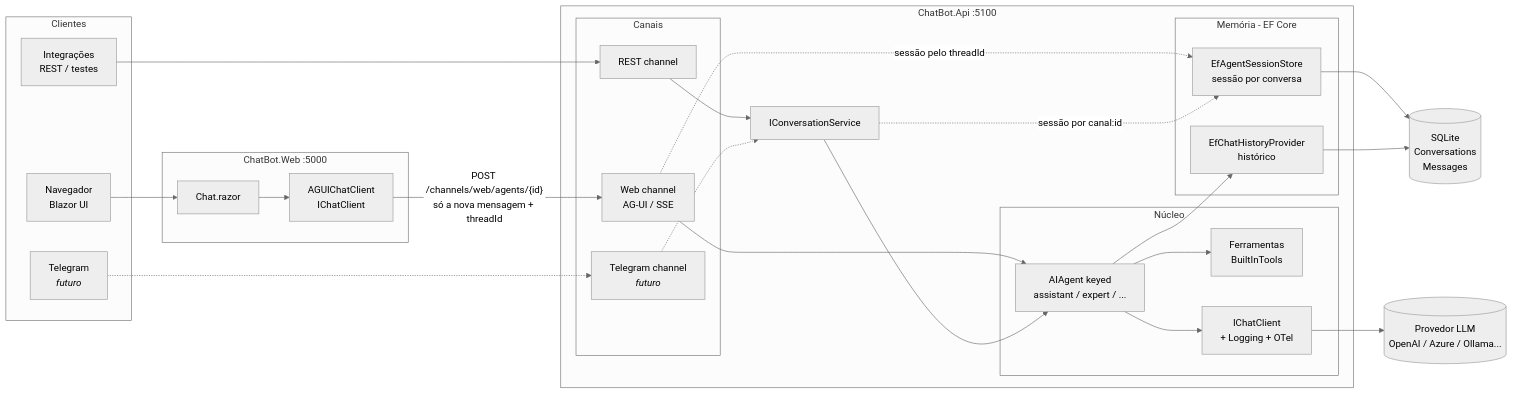
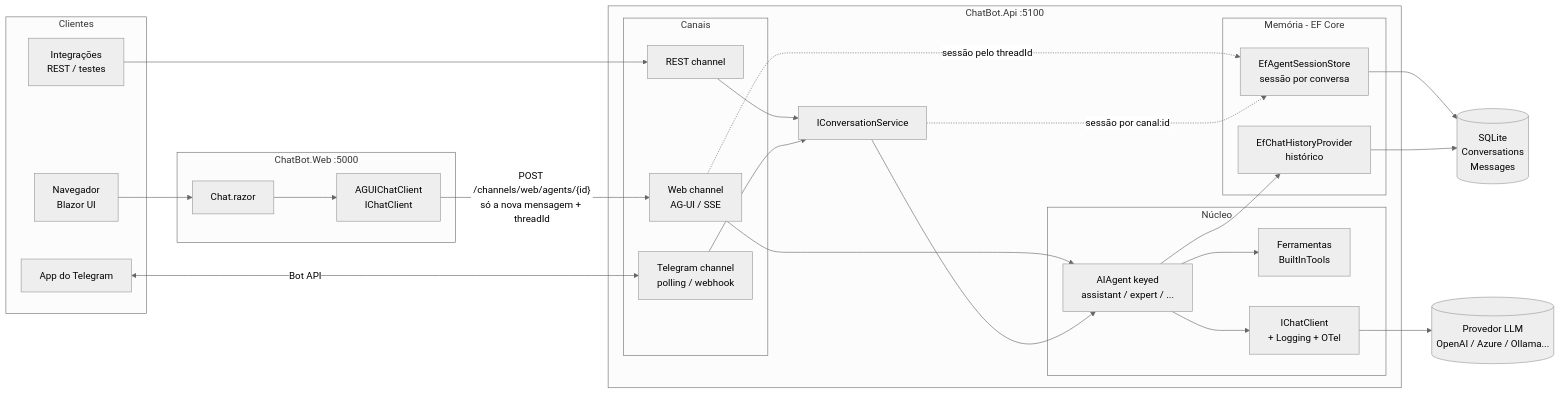
One commit to rflsouza/ChatBot changed the first of 4 diagrams in README.md. Above: the diagram before and after it, drawn with Mermaid (neutral theme). The commit also changed other lines of this file and 14 other files, not shown here.

First line of the commit message:
feat: canal Telegram (polling e webhook)

````diff
--- a/README.md
+++ b/README.md
@@ -53,49 +53,49 @@
 ```mermaid
 flowchart LR
     subgraph Clientes
         B[Navegador<br/>Blazor UI]
         R[Integrações<br/>REST / testes]
-        T[Telegram<br/><i>futuro</i>]
+        T[App do Telegram]
     end
 
     subgraph ChatBot.Web [ChatBot.Web :5000]
         UI[Chat.razor] --> AC[AGUIChatClient<br/>IChatClient]
     end
 
     subgraph ChatBot.Api [ChatBot.Api :5100]
         subgraph Canais
             WEB[Web channel<br/>AG-UI / SSE]
             REST[REST channel]
-            TG[Telegram channel<br/><i>futuro</i>]
+            TG[Telegram channel<br/>polling / webhook]
         end
         CS[IConversationService]
         subgraph Núcleo
             AG[AIAgent keyed<br/>assistant / expert / ...]
             TO[Ferramentas<br/>BuiltInTools]
             CC[IChatClient<br/>+ Logging + OTel]
         end
         subgraph Memória [Memória - EF Core]
             SS[EfAgentSessionStore<br/>sessão por conversa]
             HP[EfChatHistoryProvider<br/>histórico]
         end
     end
 
     DB[(SQLite<br/>Conversations<br/>Messages)]
     LLM[(Provedor LLM<br/>OpenAI / Azure / Ollama...)]
 
     B --> UI
     AC -- "POST /channels/web/agents/{id}<br/>só a nova mensagem + threadId" --> WEB
     R --> REST
-    T -.-> TG
+    T <-- "Bot API" --> TG
     WEB --> AG
     REST --> CS
-    TG -.-> CS
+    TG --> CS
     CS --> AG
     WEB -. "sessão pelo threadId" .-> SS
     CS -. "sessão por canal:id" .-> SS
     AG --> HP
     SS --> DB
     HP --> DB
     AG --> TO
     AG --> CC --> LLM
 ```
````
